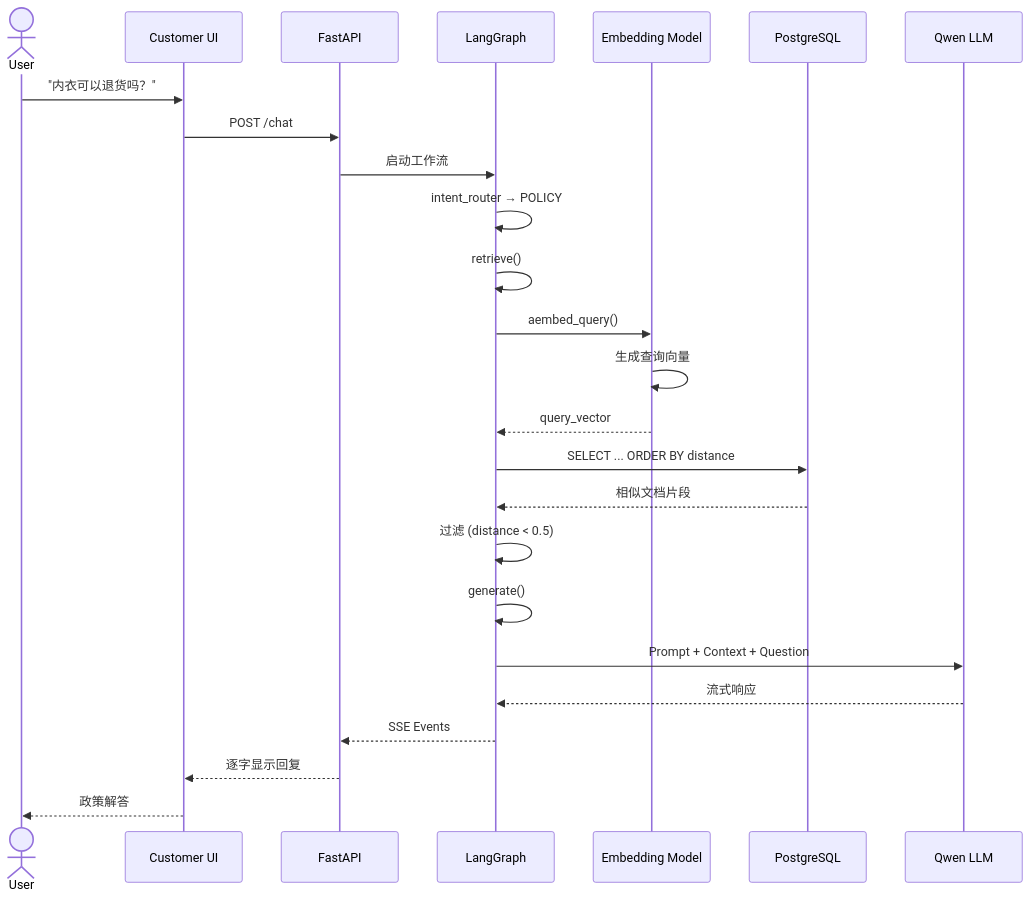
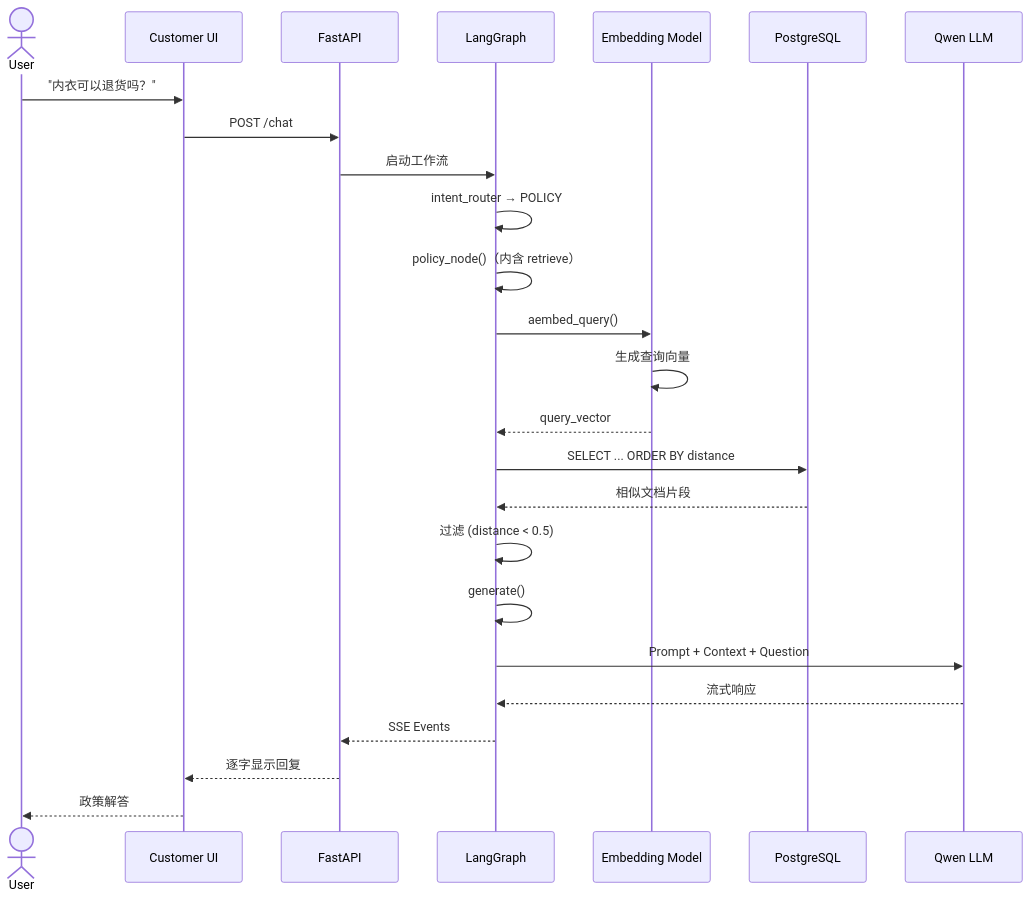
Before and after one commit to Mr-ZeLong/E-commerce-Smart-Agent: the sixth of 8 diagrams in architecture.md, drawn with Mermaid. The commit also changed other lines of this file and 47 other files, not shown here.

````diff
--- a/architecture.md
+++ b/architecture.md
@@ -323,28 +323,28 @@
 ```mermaid
 sequenceDiagram
     actor User
     participant CUI as Customer UI
     participant API as FastAPI
     participant Graph as LangGraph
     participant Embed as Embedding Model
     participant DB as PostgreSQL
     participant LLM as Qwen LLM
 
     User->>CUI: "内衣可以退货吗？"
     CUI->>API: POST /chat
     API->>Graph: 启动工作流
     Graph->>Graph: intent_router → POLICY
-    Graph->>Graph: retrieve()
+    Graph->>Graph: policy_node()（内含 retrieve）
     Graph->>Embed: aembed_query()
     Embed->>Embed: 生成查询向量
     Embed-->>Graph: query_vector
     Graph->>DB: SELECT ... ORDER BY distance
     DB-->>Graph: 相似文档片段
     Graph->>Graph: 过滤 (distance < 0.5)
     Graph->>Graph: generate()
     Graph->>LLM: Prompt + Context + Question
     LLM-->>Graph: 流式响应
     Graph-->>API: SSE Events
     API-->>CUI: 逐字显示回复
     CUI-->>User: 政策解答
 ```
````
